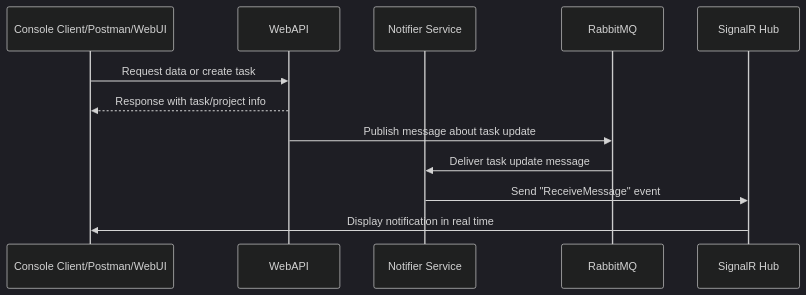
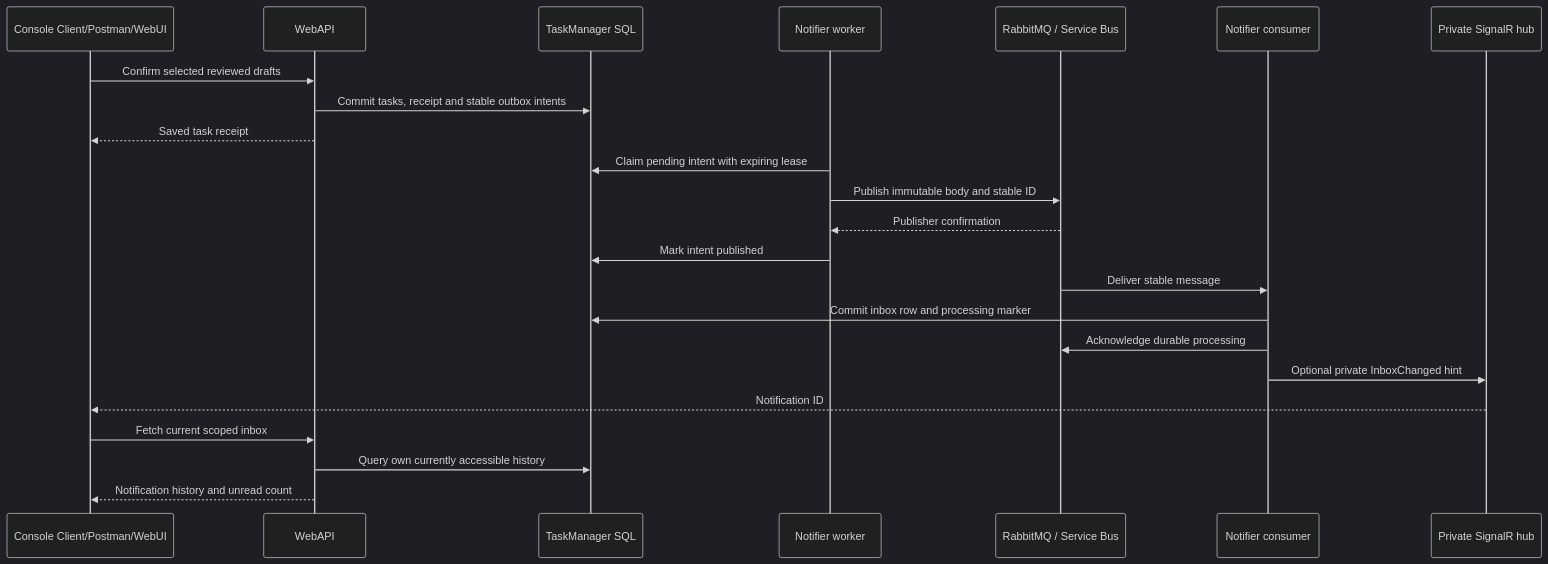
The first of 4 diagrams in README.md (serhiiyasenev/TaskManager), drawn with Mermaid (dark theme) before and after one commit. The commit also changed other lines of this file and 519 other files, not shown here.

First line of the commit message:
Modernize TaskManager: bilingual UI, draggable Board, secure access and delivery (#51)

````diff
--- a/README.md
+++ b/README.md
@@ -58,15 +130,26 @@
 ```mermaid
 sequenceDiagram
     participant Client as Console Client/Postman/WebUI
     participant WebAPI as WebAPI
-    participant Notifier as Notifier Service
-    participant Rabbit as RabbitMQ
-    participant SignalR as SignalR Hub
+    participant SQL as TaskManager SQL
+    participant Worker as Notifier worker
+    participant Queue as RabbitMQ / Service Bus
+    participant Consumer as Notifier consumer
+    participant SignalR as Private SignalR hub
 
-    Client->>WebAPI: Request data or create task
-    WebAPI-->>Client: Response with task/project info
-    WebAPI->>Rabbit: Publish message about task update
-    Rabbit->>Notifier: Deliver task update message
-    Notifier->>SignalR: Send "ReceiveMessage" event
-    SignalR->>Client: Display notification in real time
+    Client->>WebAPI: Confirm selected reviewed drafts
+    WebAPI->>SQL: Commit tasks, receipt and stable outbox intents
+    WebAPI-->>Client: Saved task receipt
+    Worker->>SQL: Claim pending intent with expiring lease
+    Worker->>Queue: Publish immutable body and stable ID
+    Queue-->>Worker: Publisher confirmation
+    Worker->>SQL: Mark intent published
+    Queue->>Consumer: Deliver stable message
+    Consumer->>SQL: Commit inbox row and processing marker
+    Consumer->>Queue: Acknowledge durable processing
+    Consumer->>SignalR: Optional private InboxChanged hint
+    SignalR-->>Client: Notification ID
+    Client->>WebAPI: Fetch current scoped inbox
+    WebAPI->>SQL: Query own currently accessible history
+    WebAPI-->>Client: Notification history and unread count
 ```
````
